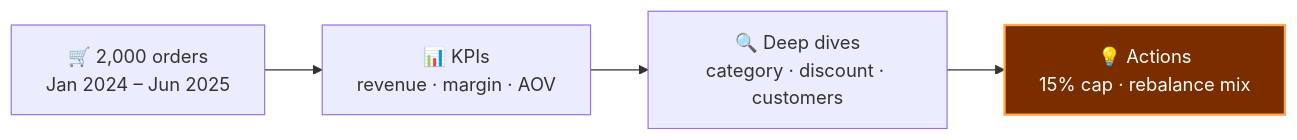
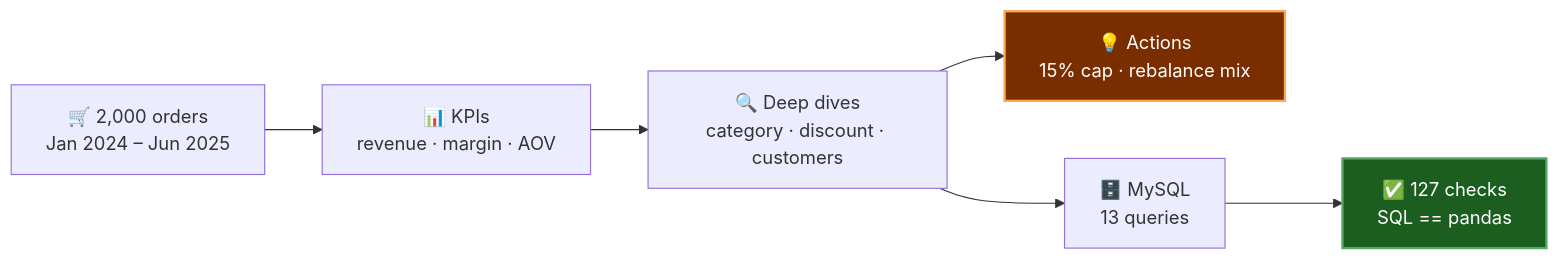
Before and after one commit to Lifewitdata/ecommerce-sales-analysis: the diagram in README.md, drawn with Mermaid. The commit also changed other lines of this file and 8 other files, not shown here.

````diff
--- a/README.md
+++ b/README.md
@@ -55,7 +76,10 @@
 ```mermaid
 flowchart LR
     A["🛒 2,000 orders<br/>Jan 2024 – Jun 2025"] --> B["📊 KPIs<br/>revenue · margin · AOV"]
     B --> C["🔍 Deep dives<br/>category · discount · customers"]
     C --> D["💡 Actions<br/>15% cap · rebalance mix"]
+    C --> E["🗄️ MySQL<br/>13 queries"]
+    E --> F["✅ 127 checks<br/>SQL == pandas"]
     style D fill:#7a2e00,stroke:#FFA94D,stroke-width:2px,color:#fff
+    style F fill:#1b5e20,stroke:#55A868,stroke-width:2px,color:#fff
 ```
````
